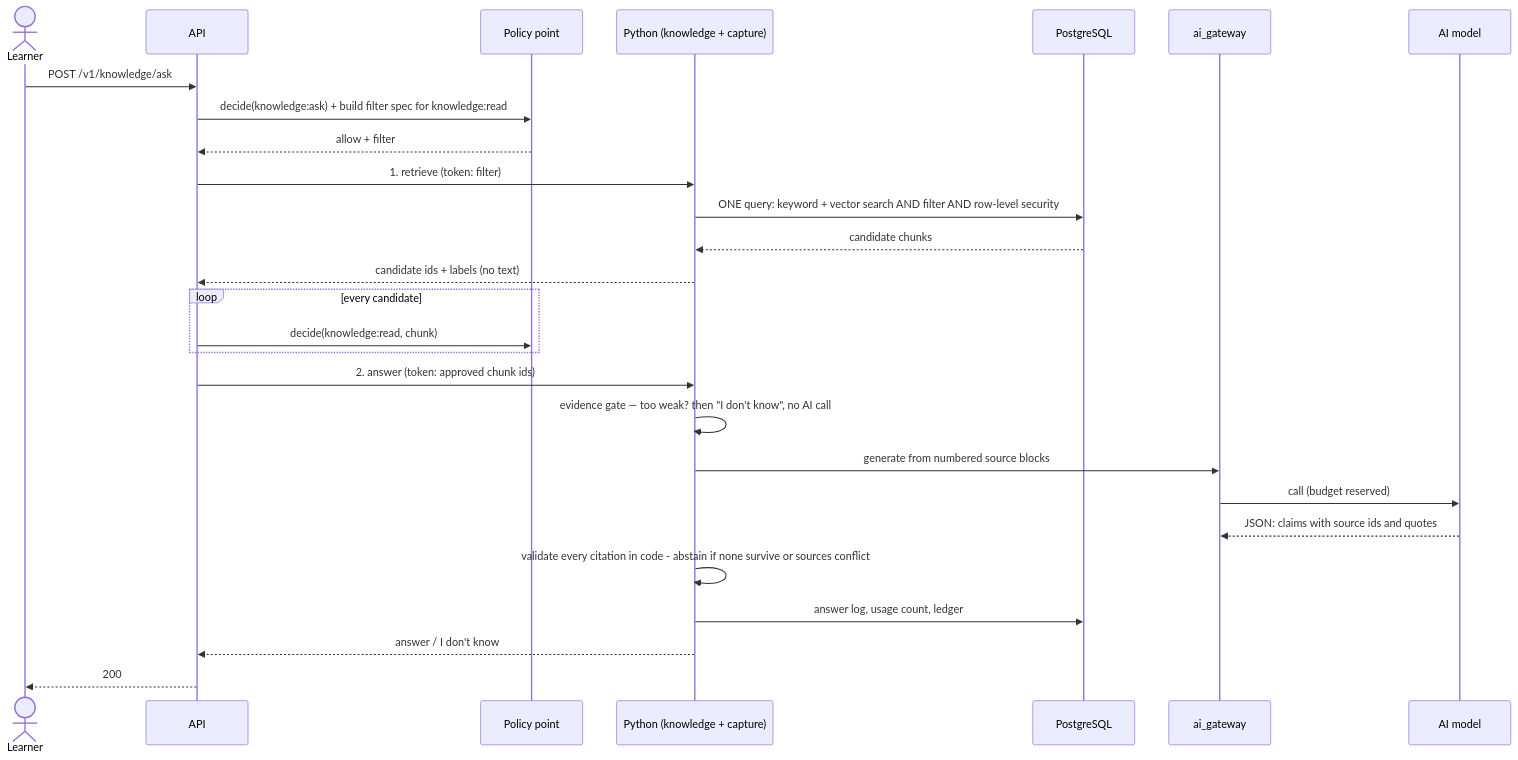
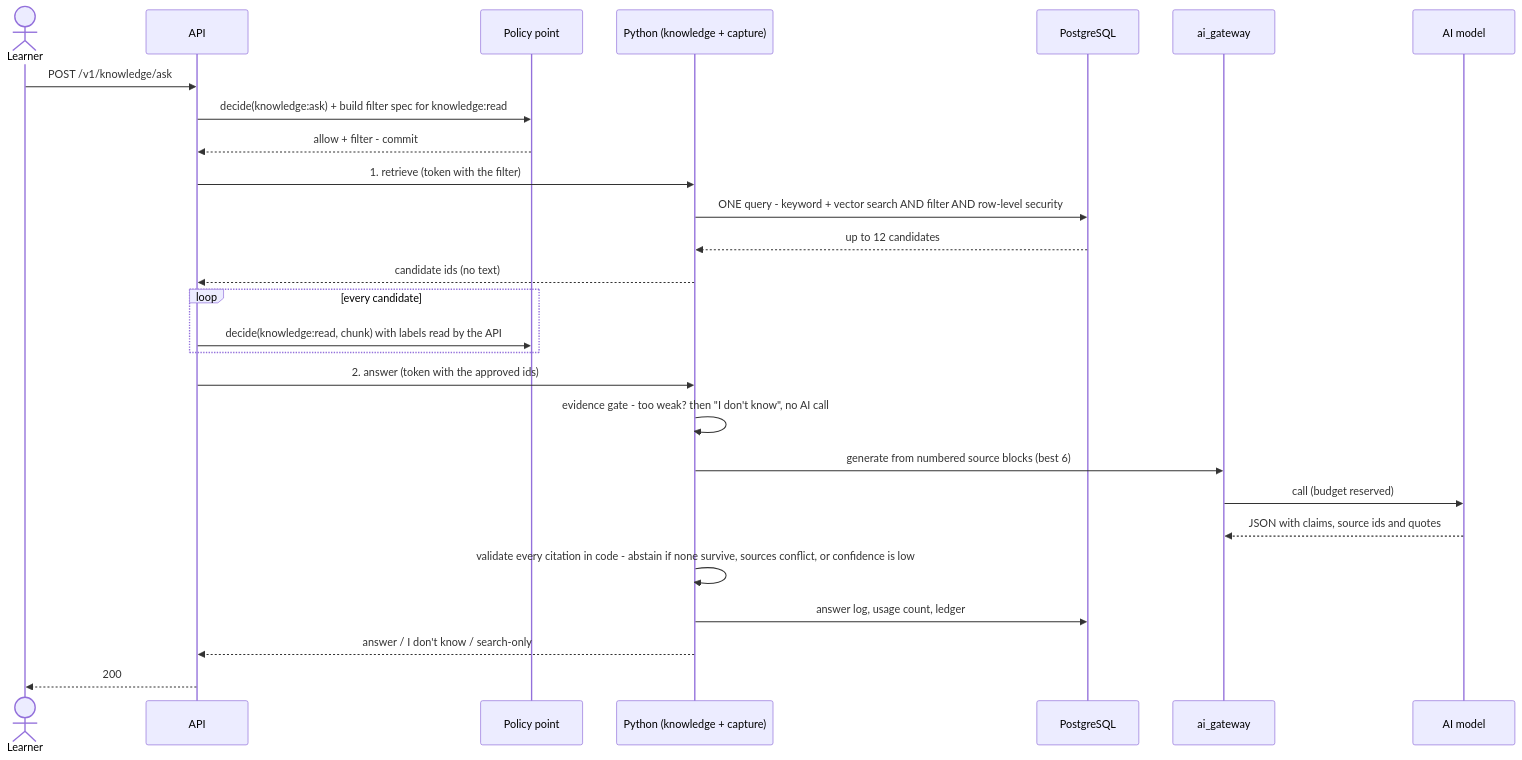
One commit to Rmasood1122/LegacyAI changed the fourth of 6 diagrams in docs/phase2/01-architecture.md. Above: the diagram before and after it, drawn with Mermaid. The commit also changed other lines of this file and 11 other files, not shown here.

````diff
--- a/docs/phase2/01-architecture.md
+++ b/docs/phase2/01-architecture.md
@@ -205,29 +248,29 @@
 ```mermaid
 sequenceDiagram
     actor L as Learner
     participant API as API
     participant PDP as Policy point
     participant PY as Python (knowledge + capture)
     participant DB as PostgreSQL
     participant GW as ai_gateway
     participant M as AI model
     L->>API: POST /v1/knowledge/ask
     API->>PDP: decide(knowledge:ask) + build filter spec for knowledge:read
-    PDP-->>API: allow + filter
-    API->>PY: 1. retrieve (token: filter)
-    PY->>DB: ONE query: keyword + vector search AND filter AND row-level security
-    DB-->>PY: candidate chunks
-    PY-->>API: candidate ids + labels (no text)
+    PDP-->>API: allow + filter - commit
+    API->>PY: 1. retrieve (token with the filter)
+    PY->>DB: ONE query - keyword + vector search AND filter AND row-level security
+    DB-->>PY: up to 12 candidates
+    PY-->>API: candidate ids (no text)
     loop every candidate
-        API->>PDP: decide(knowledge:read, chunk)
+        API->>PDP: decide(knowledge:read, chunk) with labels read by the API
     end
-    API->>PY: 2. answer (token: approved chunk ids)
-    PY->>PY: evidence gate — too weak? then "I don't know", no AI call
-    PY->>GW: generate from numbered source blocks
+    API->>PY: 2. answer (token with the approved ids)
+    PY->>PY: evidence gate - too weak? then "I don't know", no AI call
+    PY->>GW: generate from numbered source blocks (best 6)
     GW->>M: call (budget reserved)
-    M-->>GW: JSON: claims with source ids and quotes
-    PY->>PY: validate every citation in code - abstain if none survive or sources conflict
+    M-->>GW: JSON with claims, source ids and quotes
+    PY->>PY: validate every citation in code - abstain if none survive, sources conflict, or confidence is low
     PY->>DB: answer log, usage count, ledger
-    PY-->>API: answer / I don't know
+    PY-->>API: answer / I don't know / search-only
     API-->>L: 200
 ```
````
